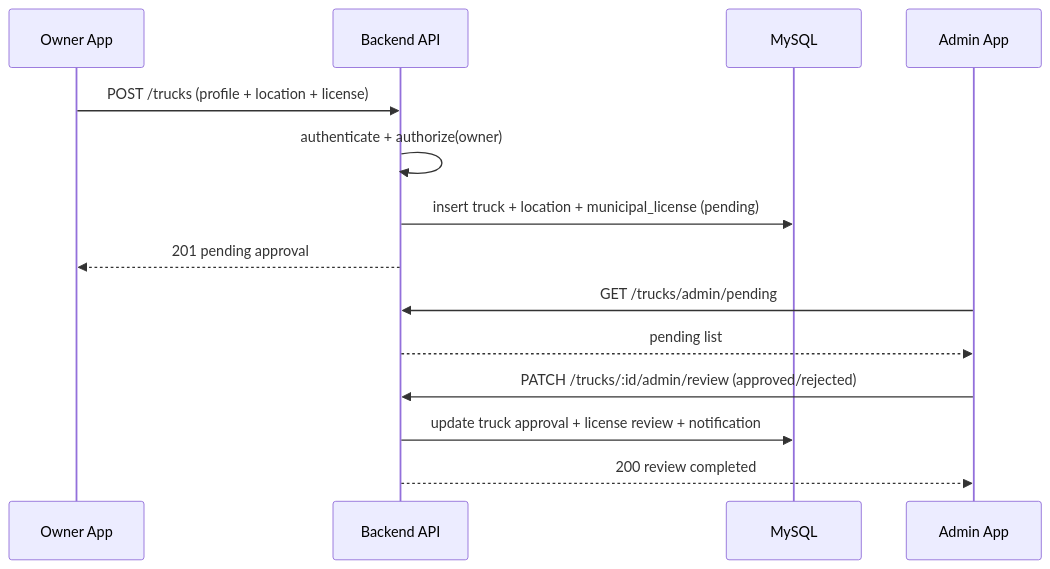
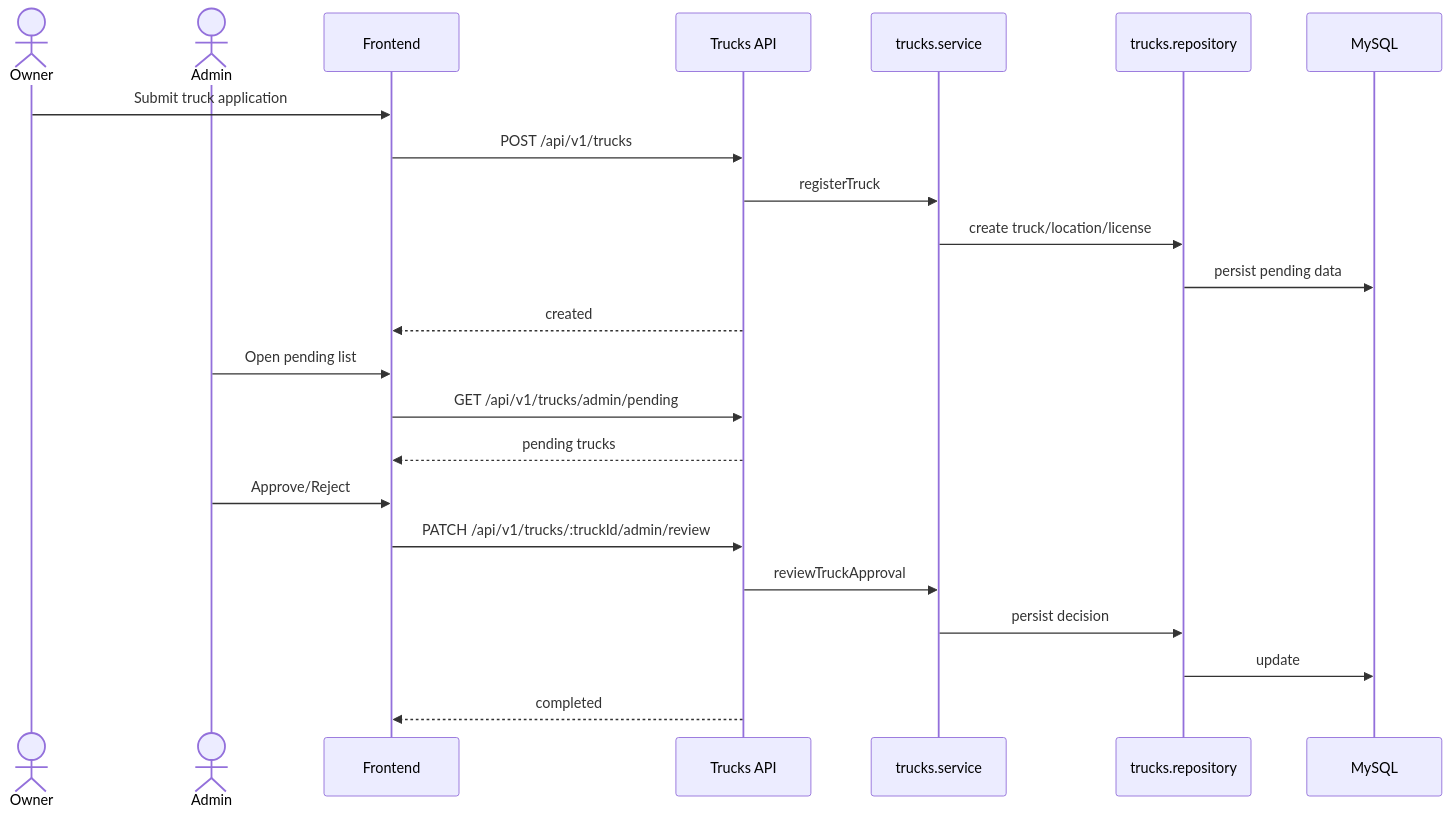
The fifth of 6 diagrams in stage3/stage3_report.md (Fahd36631/foodtruck-platform), drawn with Mermaid before and after one commit. The commit also changed other lines of this file, not shown here.

````diff
--- a/stage3/stage3_report.md
+++ b/stage3/stage3_report.md
@@ -245,17 +384,28 @@
 ```mermaid
 sequenceDiagram
-  participant O as Owner App
-  participant API as Backend API
+  actor Owner
+  actor Admin
+  participant FE as Frontend
+  participant API as Trucks API
+  participant S as trucks.service
+  participant R as trucks.repository
   participant DB as MySQL
-  participant A as Admin App
 
-  O->>API: POST /trucks (profile + location + license)
-  API->>API: authenticate + authorize(owner)
-  API->>DB: insert truck + location + municipal_license (pending)
-  API-->>O: 201 pending approval
-  A->>API: GET /trucks/admin/pending
-  API-->>A: pending list
-  A->>API: PATCH /trucks/:id/admin/review (approved/rejected)
-  API->>DB: update truck approval + license review + notification
-  API-->>A: 200 review completed
+  Owner->>FE: Submit truck application
+  FE->>API: POST /api/v1/trucks
+  API->>S: registerTruck
+  S->>R: create truck/location/license
+  R->>DB: persist pending data
+  API-->>FE: created
+
+  Admin->>FE: Open pending list
+  FE->>API: GET /api/v1/trucks/admin/pending
+  API-->>FE: pending trucks
+
+  Admin->>FE: Approve/Reject
+  FE->>API: PATCH /api/v1/trucks/:truckId/admin/review
+  API->>S: reviewTruckApproval
+  S->>R: persist decision
+  R->>DB: update
+  API-->>FE: completed
 ```
````
